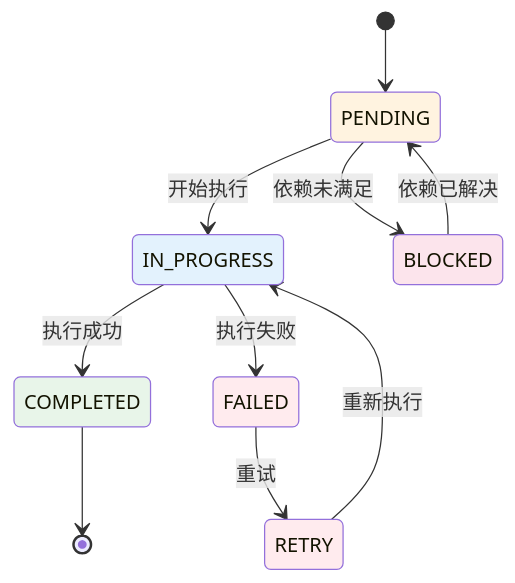
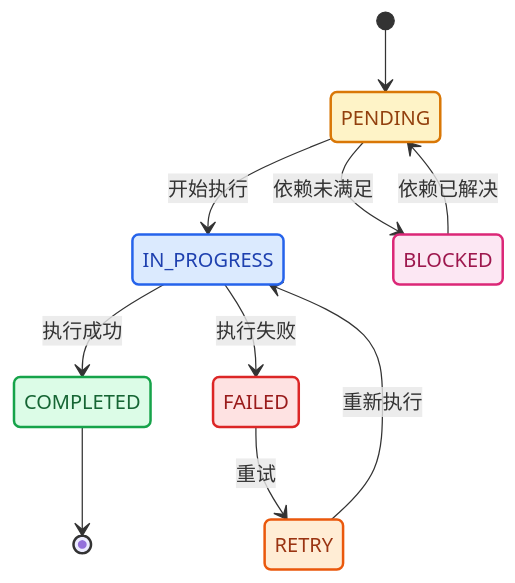
One commit to Eivs/niuma changed the third of 6 diagrams in README.md. Above: the diagram before and after it, drawn with Mermaid. The commit also changed other lines of this file and 1 other file, not shown here.

Commit message:
refactor: Update diagrams and improve color schemes in PRD and README

````diff
--- a/README.md
+++ b/README.md
@@ -177,30 +202,32 @@
 ```mermaid
 stateDiagram-v2
     [*] --> PENDING
 
     PENDING --> IN_PROGRESS : 开始执行
     PENDING --> BLOCKED : 依赖未满足
 
     IN_PROGRESS --> COMPLETED : 执行成功
     IN_PROGRESS --> FAILED : 执行失败
 
     FAILED --> RETRY : 重试
     RETRY --> IN_PROGRESS : 重新执行
 
     BLOCKED --> PENDING : 依赖已解决
 
     COMPLETED --> [*]
 
-    %% 样式
-    classDef pending fill:#fff3e0
-    classDef inProgress fill:#e3f2fd
-    classDef completed fill:#e8f5e9
-    classDef failed fill:#ffebee
-    classDef blocked fill:#fce4ec
+    %% 统一的配色方案 - 高对比度
+    classDef pending fill:#fef3c7,stroke:#d97706,stroke-width:2px,color:#92400e
+    classDef inProgress fill:#dbeafe,stroke:#2563eb,stroke-width:2px,color:#1e40af
+    classDef completed fill:#dcfce7,stroke:#16a34a,stroke-width:2px,color:#166534
+    classDef failed fill:#fee2e2,stroke:#dc2626,stroke-width:2px,color:#991b1b
+    classDef blocked fill:#fce7f3,stroke:#db2777,stroke-width:2px,color:#9d174d
+    classDef retry fill:#ffedd5,stroke:#ea580c,stroke-width:2px,color:#9a3412
 
     class PENDING pending
     class IN_PROGRESS inProgress
     class COMPLETED completed
-    class FAILED,RETRY failed
+    class FAILED failed
+    class RETRY retry
     class BLOCKED blocked
 ```
````
